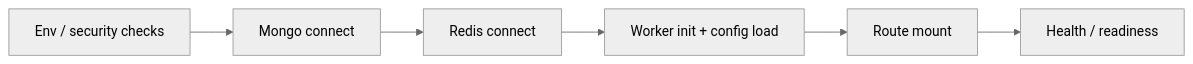
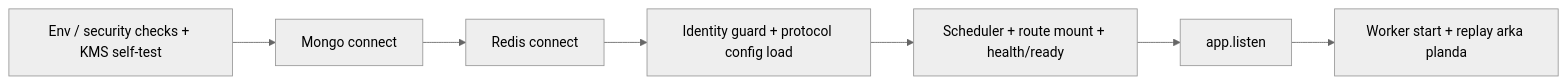
The eighth of 14 diagrams in docs/TR/ARCHITECTURE.md (MyDemir/Araf-Protocol), drawn with Mermaid (neutral theme) before and after one commit. The commit also changed other lines of this file and 1 other file, not shown here.

First line of the commit message:
docs(architecture): backend/worker/frontend bölümleri ve ek tablolar koda hizalandı (TR/EN)

````diff
--- a/docs/TR/ARCHITECTURE.md
+++ b/docs/TR/ARCHITECTURE.md
@@ -531,8 +558,9 @@
 ```mermaid
 flowchart LR
-    A[Env / security checks] --> B[Mongo connect]
+    A[Env / security checks + KMS self-test] --> B[Mongo connect]
     B --> C[Redis connect]
-    C --> D[Worker init + config load]
-    D --> E[Route mount]
-    E --> F[Health / readiness]
+    C --> D[Identity guard + protocol config load]
+    D --> E[Scheduler + route mount + health/ready]
+    E --> F[app.listen]
+    F --> G[Worker start + replay arka planda]
 ```
````
